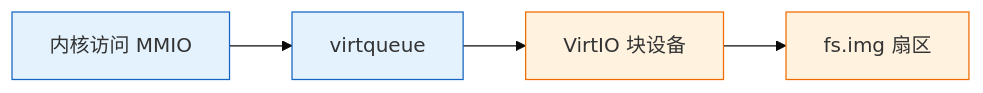
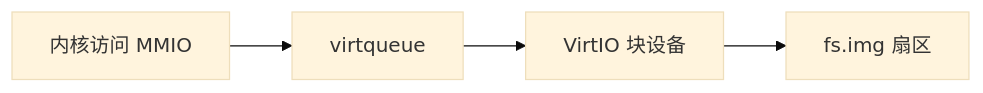
One commit to AM-SuSh/EVOLVE changed the diagram in os-lab/labs/lab6-disk-fs.md. Above: the diagram before and after it, drawn with Mermaid (base theme). The commit also changed other lines of this file and 1 other file, not shown here.

````diff
--- a/os-lab/labs/lab6-disk-fs.md
+++ b/os-lab/labs/lab6-disk-fs.md
@@ -70,11 +115,6 @@
 ```mermaid
-graph LR
+flowchart LR
     CPU["内核访问 MMIO"] --> VQ["virtqueue"]
     VQ --> DEV["VirtIO 块设备"]
     DEV --> IMG["fs.img 扇区"]
-
-    classDef hw fill:#e3f2fd,stroke:#1565c0;
-    classDef fs fill:#fff3e0,stroke:#ef6c00;
-    class CPU,VQ hw;
-    class DEV,IMG fs;
 ```
````
